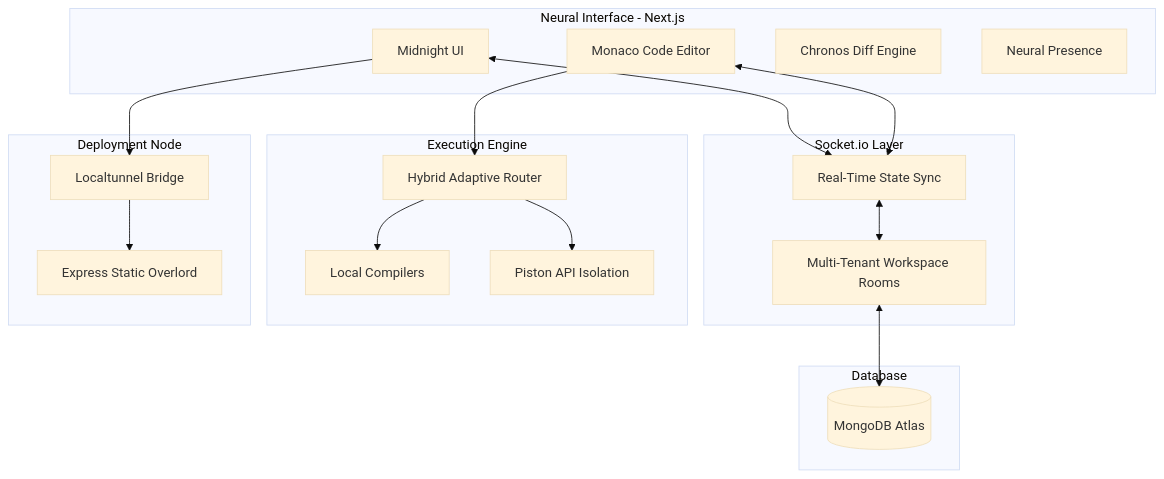
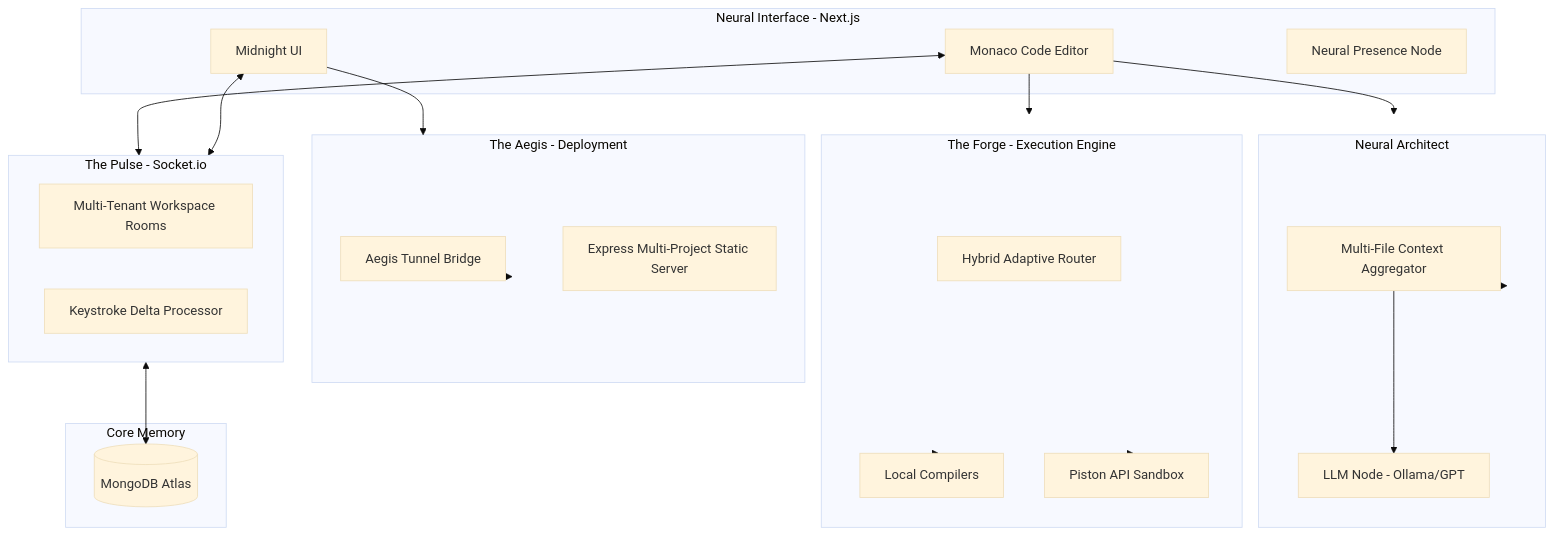
Before and after one commit to Ayush-Kumar0207/codeverse: the diagram in README.md, drawn with Mermaid (base theme). The commit also changed other lines of this file, not shown here.

Commit message:
docs: update README with refined project philosophy, streamlined setup instructions, and expanded architecture documentation

````diff
--- a/README.md
+++ b/README.md
@@ -120,41 +131,48 @@
 ```mermaid
 graph TD
     subgraph Client [Neural Interface - Next.js]
         UI[Midnight UI]
         Editor[Monaco Code Editor]
-        Chronos[Chronos Diff Engine]
-        Presence[Neural Presence]
+        Presence[Neural Presence Node]
     end
 
-    subgraph The Pulse [Socket.io Layer]
-        Sync[Real-Time State Sync]
+    subgraph Pulse [The Pulse - Socket.io]
         Rooms[Multi-Tenant Workspace Rooms]
+        Delta[Keystroke Delta Processor]
     end
 
-    subgraph The Forge [Execution Engine]
+    subgraph Forge [The Forge - Execution Engine]
         Adaptive[Hybrid Adaptive Router]
         Local[Local Compilers]
-        Piston[Piston API Isolation]
+        Piston[Piston API Sandbox]
     end
 
-    subgraph The Aegis [Deployment Node]
-        Tunnel[Localtunnel Bridge]
-        Static[Express Static Overlord]
+    subgraph Aegis [The Aegis - Deployment]
+        Bridge[Aegis Tunnel Bridge]
+        Static[Express Multi-Project Static Server]
     end
 
-    subgraph Core Memory [Database]
-        Atlas[(MongoDB Atlas)]
+    subgraph DB [Core Memory]
+        Mongo[(MongoDB Atlas)]
     end
 
-    UI <--> Sync
-    Editor <--> Sync
-    Sync <--> Rooms
-    Rooms <--> Atlas
+    subgraph AI [Neural Architect]
+        Context[Multi-File Context Aggregator]
+        LLM[LLM Node - Ollama/GPT]
+    end
 
-    Editor --> Adaptive
-    Adaptive --> Local
-    Adaptive --> Piston
+    UI <--> Pulse
+    Editor <--> Pulse
+    Pulse <--> Mongo
 
-    UI --> Tunnel
-    Tunnel --> Static
+    Editor --> Forge
+    Forge --> Local
+    Forge --> Piston
+
+    UI --> Aegis
+    Aegis --> Bridge
+
+    Editor --> AI
+    AI --> Context
+    Context --> LLM
 ```
````
